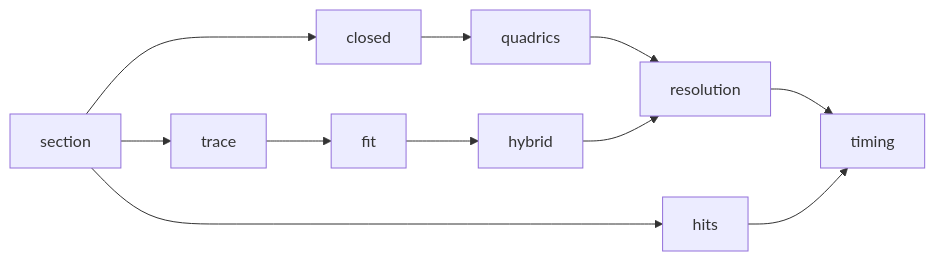
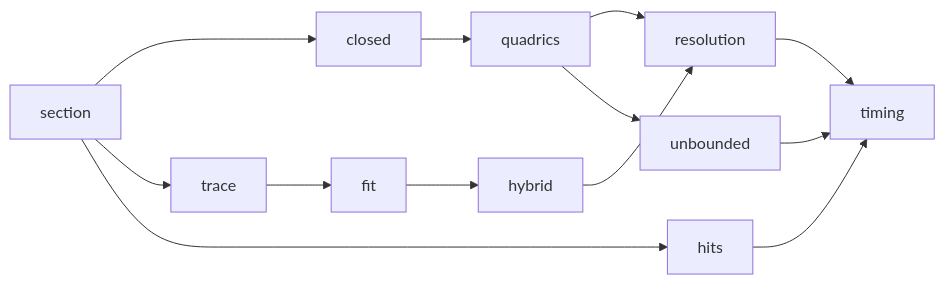
Before and after one commit to Dzoay/occam: the diagram in docs/plan/intersection.md, drawn with Mermaid. The commit also changed other lines of this file and 1 other file, not shown here.

````diff
--- a/docs/plan/intersection.md
+++ b/docs/plan/intersection.md
@@ -12,9 +12,10 @@
 ```mermaid
 flowchart LR
   section --> closed & trace
   closed --> quadrics
   trace --> fit --> hybrid
   quadrics & hybrid --> resolution
   section --> hits
-  resolution & hits --> timing
+  quadrics --> unbounded
+  resolution & hits & unbounded --> timing
 ```
````
